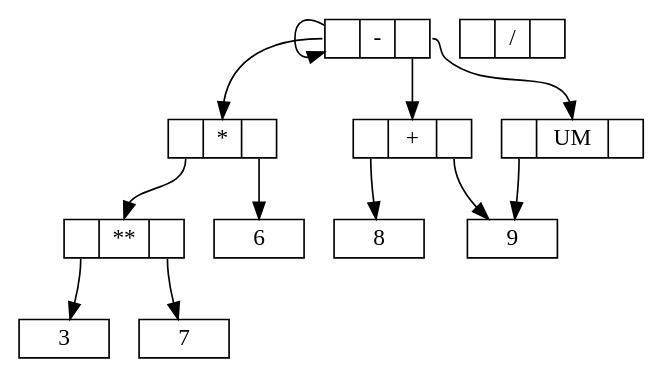
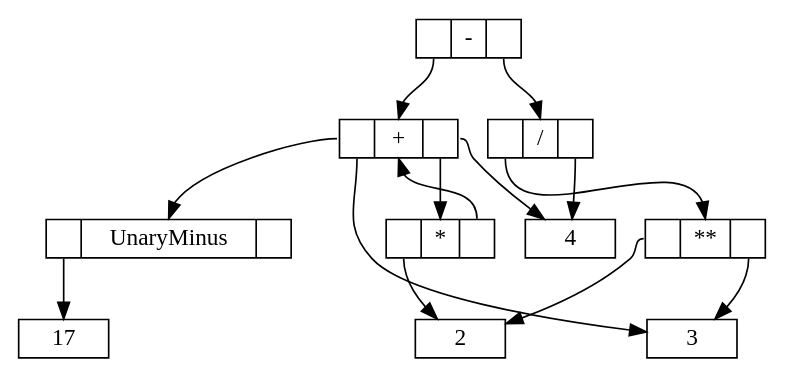
Before and after one commit to santhoshrajr/Compiler-Construction: the diagram in astCalc/graph.gv, drawn with Graphviz. The commit also changed 10 other files, not shown here.

```diff
--- a/astCalc/graph.gv
+++ b/astCalc/graph.gv
@@ -1,19 +1,22 @@
 digraph G {
 node [shape = record,height=.1];
  node1[label = "<f0> |<f1> +|<f2> "]
  node2[label = "<f0> |<f1> -|<f2> "]
  node3[label = "<f0> |<f1> *|<f2> "]
  node4[label = "<f0> |<f1> /|<f2> "]
- node0[label = "<f0> |<f1> UM|<f2> "]
+ node0[label = "<f0> |<f1> UnaryMinus|<f2> "]
  node5[label = "<f0> |<f1> **|<f2> "]
- "node2":f0   ->  "node2":f0   ->  "node3":f1  
- "node3":f0   ->  "node5":f1  
- "node5":f0   -> 3
- "node5":f2   -> 7
- "node3":f2   -> 6
- "node2":f2   ->  "node0":f1  
- "node0":f0   -> 9
- "node2":f2   ->  "node1":f1  
- "node1":f0   -> 8
- "node1":f2   -> 9
+ "node2":f0   ->  "node1":f1  
+ "node1":f0   ->  "node0":f1  
+ "node0":f0   -> 17
+ "node1":f2   ->  "node3":f1  
+ "node3":f0   -> 2
+ "node3":f2   ->  "node1":f1  
+ "node1":f0   -> 3
+ "node1":f2   -> 4
+ "node2":f2   ->  "node4":f1  
+ "node4":f0   ->  "node5":f1  
+ "node5":f0   -> 2
+ "node5":f2   -> 3
+ "node4":f2   -> 4
 }
```
